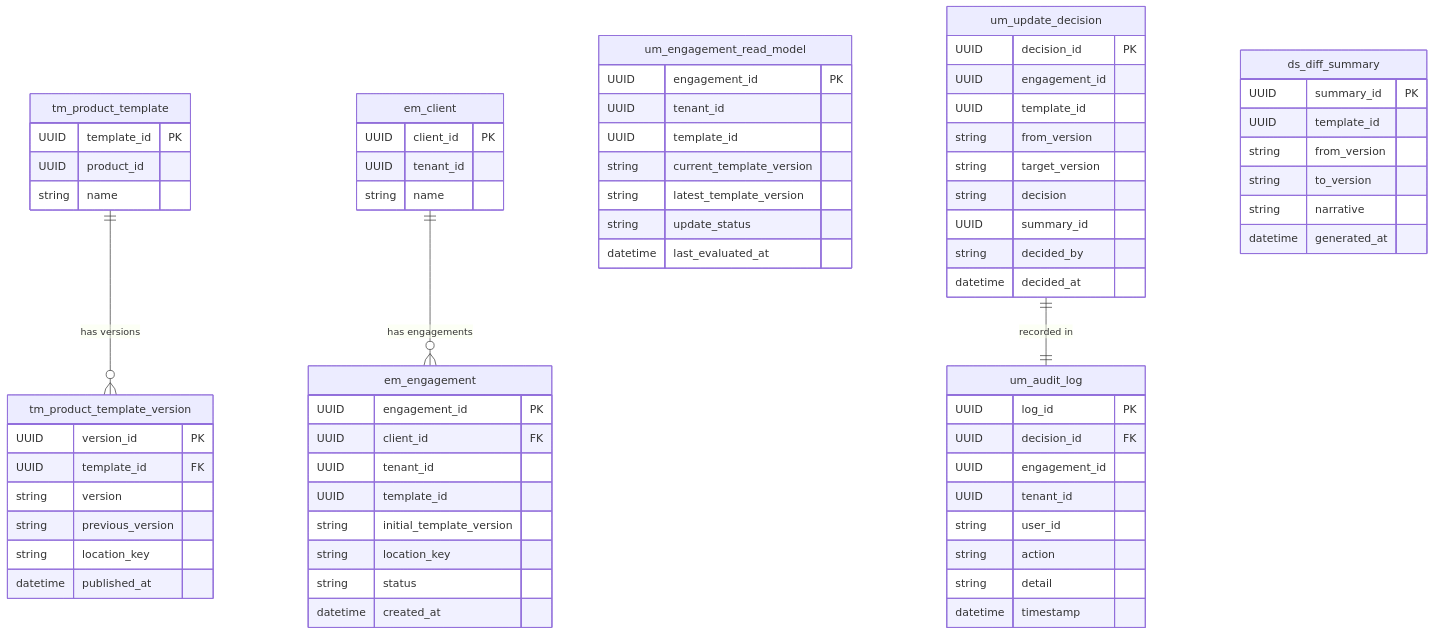
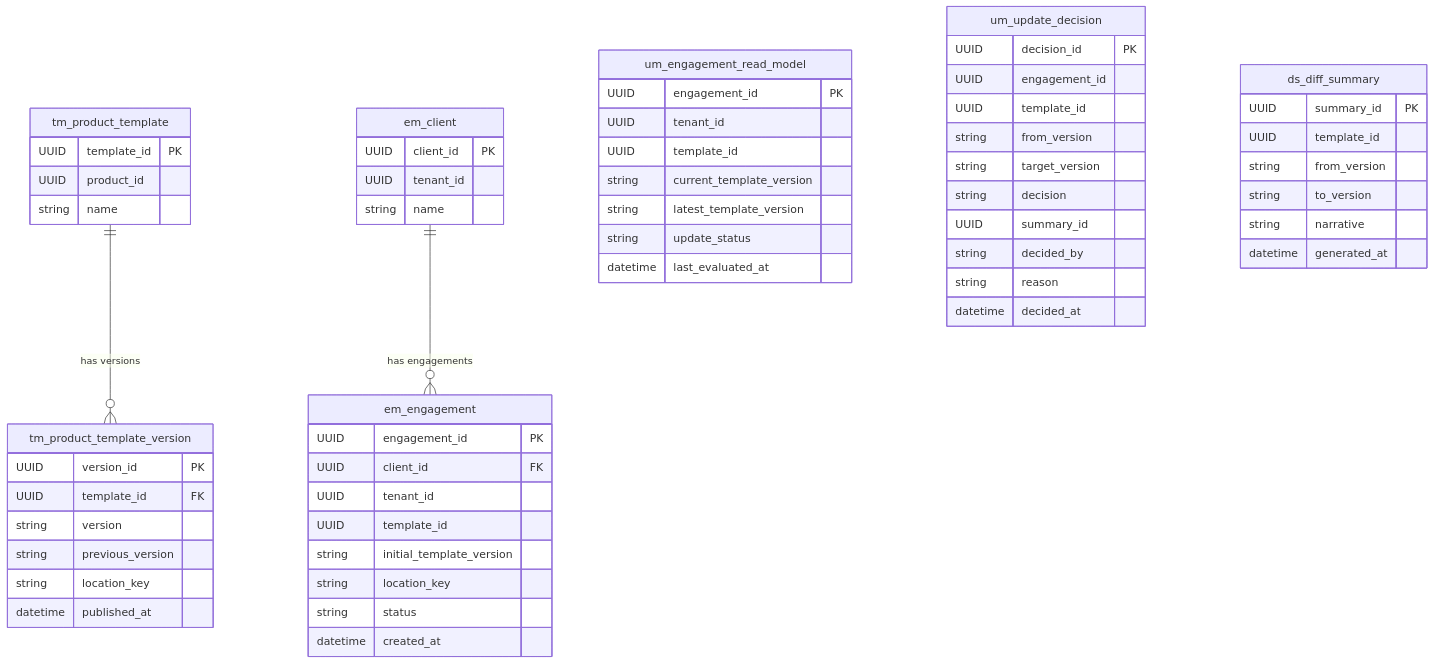
The diagram in architecture/erd.md (jose-foronda/caseware_test_2026_09), drawn with Mermaid before and after one commit. The commit also changed other lines of this file and 1 other file, not shown here.

Commit message:
refining erd

````diff
--- a/architecture/erd.md
+++ b/architecture/erd.md
@@ -85,18 +85,8 @@
         string   decision
         UUID     summary_id
         string   decided_by
+        string   reason
         datetime decided_at
-    }
-
-    um_audit_log {
-        UUID     log_id       PK
-        UUID     decision_id  FK
-        UUID     engagement_id
-        UUID     tenant_id
-        string   user_id
-        string   action
-        string   detail
-        datetime timestamp
     }
 
     %% ─── ds (Diff & Summary) ────────────────────────────────────────────
@@ -116,5 +106,4 @@
 
     em_client                ||--o{ em_engagement               : "has engagements"
 
-    um_update_decision       ||--|| um_audit_log                : "recorded in"
 ```
````
